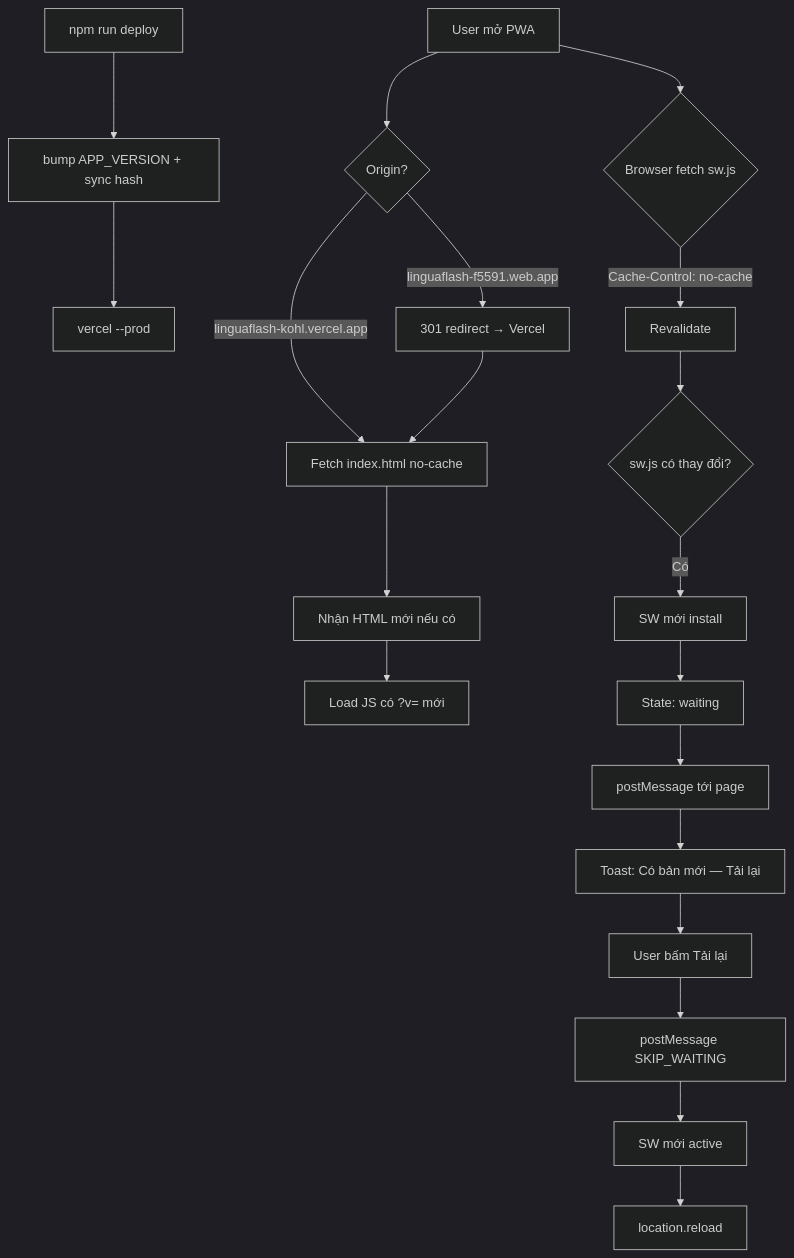
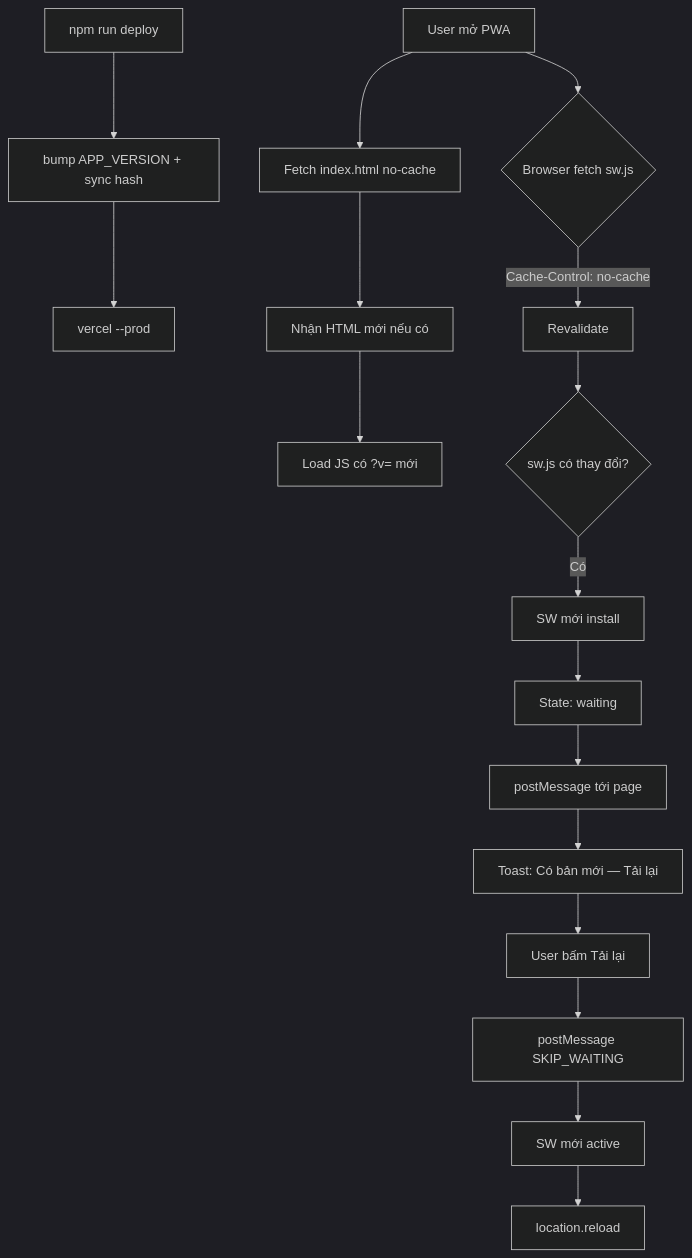
One commit to huyhuynh03/CSBU109_Final_project changed the first of 2 diagrams in plans/pwa-update-strategy.md. Above: the diagram before and after it, drawn with Mermaid (dark theme). The commit also changed other lines of this file and 3 other files, not shown here.

````diff
--- a/plans/pwa-update-strategy.md
+++ b/plans/pwa-update-strategy.md
@@ -46,26 +46,22 @@
 ```mermaid
 flowchart TD
     DEPLOY[npm run deploy]
     DEPLOY --> BUMP[bump APP_VERSION + sync hash]
     BUMP --> VERCEL[vercel --prod]
 
-    USER[User mở PWA] --> CANONICAL{Origin?}
-    CANONICAL -->|linguaflash-kohl.vercel.app| HTML[Fetch index.html no-cache]
-    CANONICAL -->|linguaflash-f5591.web.app| REDIR[301 redirect → Vercel]
-    REDIR --> HTML
-
+    USER[User mở PWA] --> HTML[Fetch index.html no-cache]
     HTML --> NEWHTML[Nhận HTML mới nếu có]
     NEWHTML --> LOADJS[Load JS có ?v= mới]
 
     USER --> SW{Browser fetch sw.js}
     SW -->|Cache-Control: no-cache| SWREVAL[Revalidate]
     SWREVAL --> SWNEW{sw.js có thay đổi?}
     SWNEW -->|Có| INSTALL[SW mới install]
     INSTALL --> WAITING[State: waiting]
     WAITING --> NOTIFY[postMessage tới page]
     NOTIFY --> TOAST[Toast: Có bản mới — Tải lại]
     TOAST --> USERCLICK[User bấm Tải lại]
     USERCLICK --> SKIP[postMessage SKIP_WAITING]
     SKIP --> ACTIVE[SW mới active]
     ACTIVE --> RELOAD[location.reload]
 ```
````
